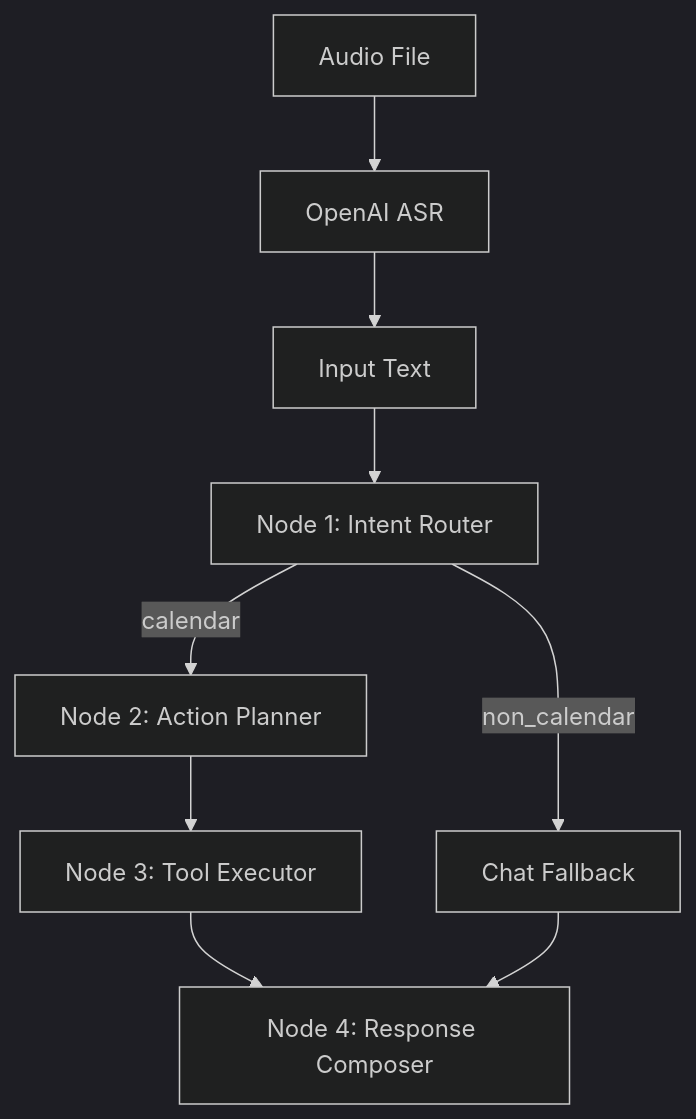
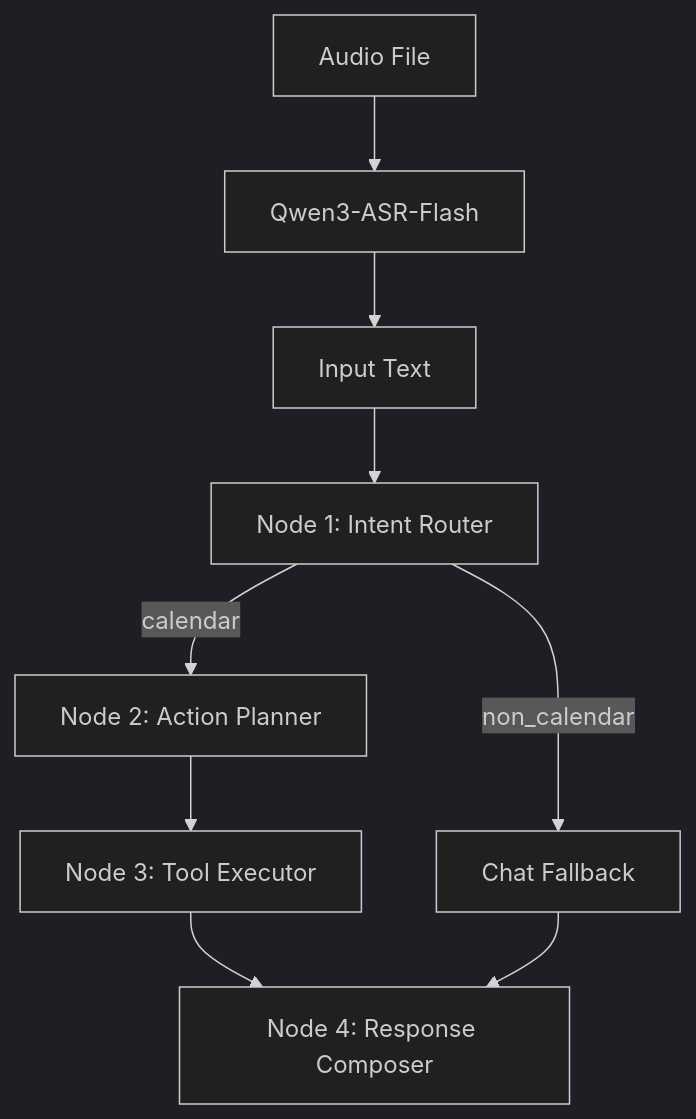
One commit to zhaokaig/ai_calender changed the diagram in backend/pr3_agent_design.md. Above: the diagram before and after it, drawn with Mermaid (dark theme). The commit also changed other lines of this file and 7 other files, not shown here.

````diff
--- a/backend/pr3_agent_design.md
+++ b/backend/pr3_agent_design.md
@@ -32,11 +32,11 @@
 ```mermaid
 flowchart TD
-  Z["Audio File"] --> Y["OpenAI ASR"]
+  Z["Audio File"] --> Y["Qwen3-ASR-Flash"]
   Y --> A["Input Text"]
   A --> B["Node 1: Intent Router"]
   B -->|calendar| C["Node 2: Action Planner"]
   B -->|non_calendar| D["Chat Fallback"]
   C --> E["Node 3: Tool Executor"]
   E --> F["Node 4: Response Composer"]
   D --> F
 ```
````
